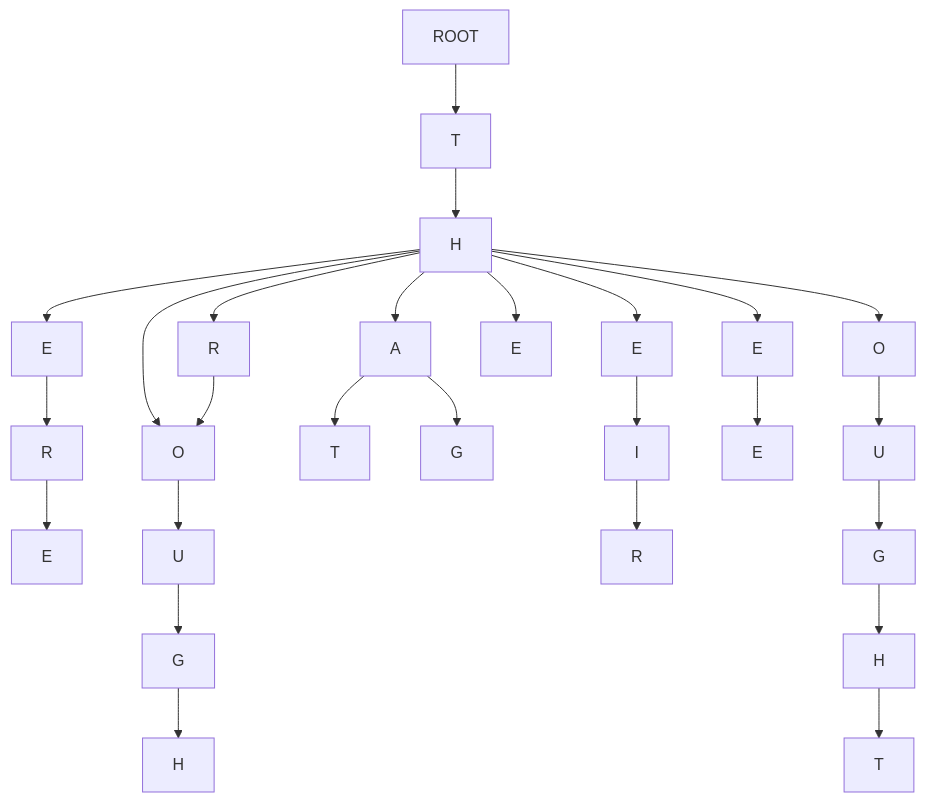
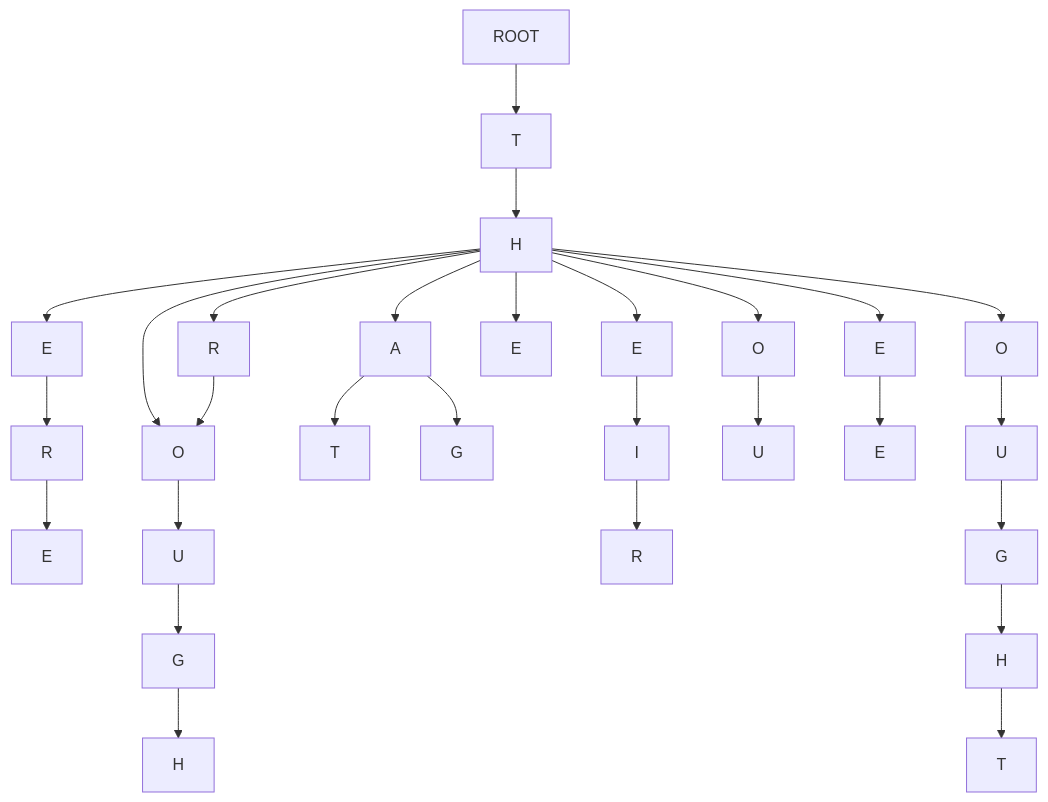
The second of 2 diagrams in README.md (spencer4404/autocomplete), drawn with Mermaid before and after one commit. The commit also changed other lines of this file and 2 other files, not shown here.

Commit message:
Finished DFS

````diff
--- a/README.md
+++ b/README.md
@@ -308,39 +308,41 @@
 ```mermaid
 graph TD;
     ROOT-->T
     T-->H
 
     H-->E_there[E]
     E_there[E]-->R_there[R]
     R_there[R]-->E_there2[E]
 
     H-->O_though[O]
     O_though[O]-->U_though[U]
     U_though[U]-->G_though[G]
     G_though[G]-->H_though[H]
 
     H-->A_that[A]
     A_that[A]-->T_that[T]
 
     A_that[A]-->G_thag[G]
 
     H-->E_their[E]
     E_their[E]-->I_their[I]
     I_their[I]-->R_their[R]
 
     H-->R_through[R]
     R_through[R]-->O_though[O]
     
     H-->E_the[E]
 
+    H-->O_thou[O]-->U_thou[U]
+
     H-->E_thee[E]-->E_thee2[E]
 
     H-->O_thought[O]
     O_thought[O]-->U_thought[U]
     U_thought[U]-->G_thought[G]
     G_thought[G]-->H_thought[H]
     H_thought[H]-->T_thought[T]
 
     
 
 ```
````
